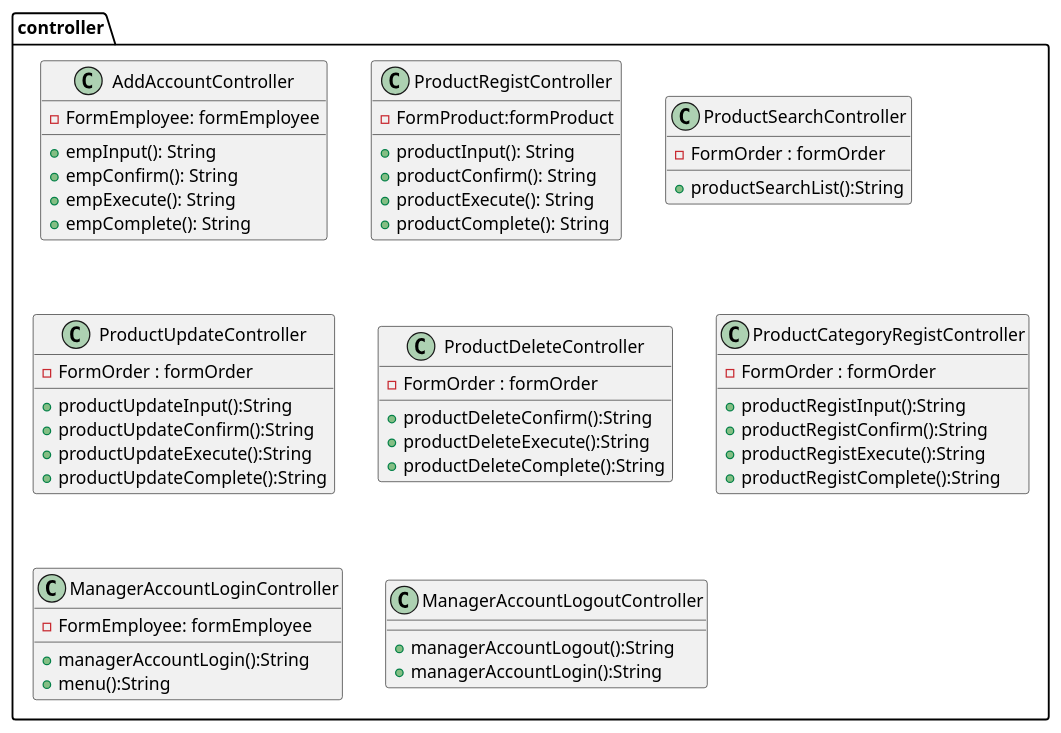
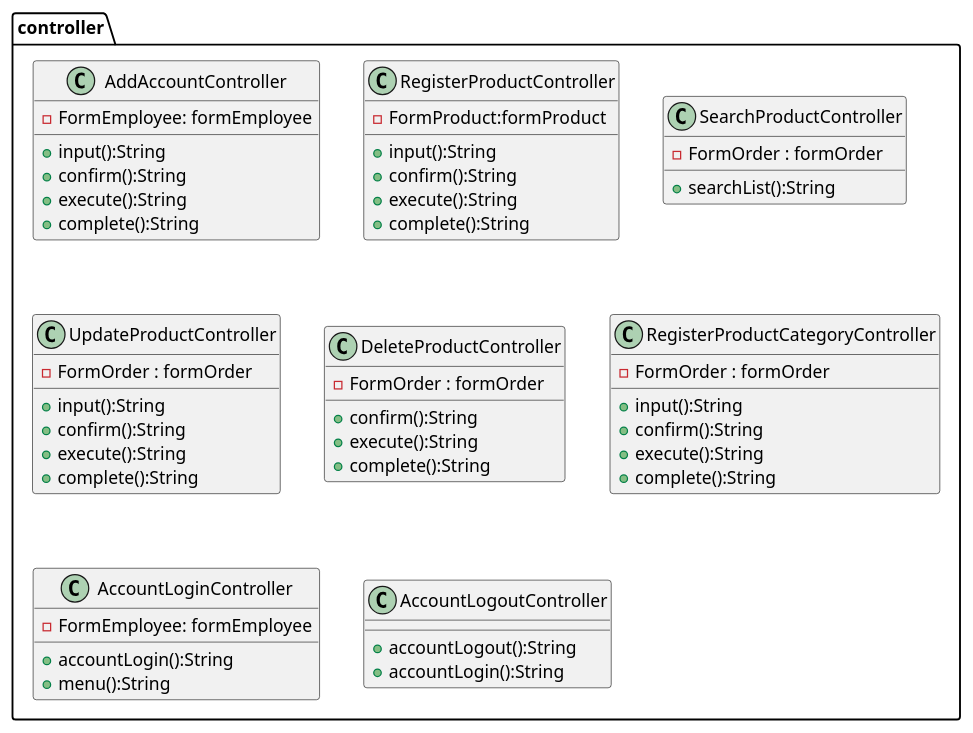
One commit to kanavii3333/ec-b changed the diagram in plan/uml/class/controller.plantuml. Above: the diagram before and after it, drawn with PlantUML.

Commit message:
controller.plantuml

```diff
--- a/plan/uml/class/controller.plantuml
+++ b/plan/uml/class/controller.plantuml
@@ -1,55 +1,55 @@
 package controller{
     class AddAccountController{
         -FormEmployee: formEmployee
-        + empInput(): String
-        + empConfirm(): String
-        + empExecute(): String
-        + empComplete(): String
+        + input():String
+        + confirm():String
+        + execute():String
+    	+ complete():String
         
     }
-    class ProductRegistController{
+    class RegisterProductController{
     	- FormProduct:formProduct
-        + productInput(): String
-        + productConfirm(): String
-        + productExecute(): String
-        + productComplete(): String
+        + input():String
+        + confirm():String
+        + execute():String
+    	+ complete():String
     }
-    class ProductSearchController{
+    class SearchProductController{
     	- FormOrder : formOrder
-    	+ productSearchList():String
+    	+ searchList():String
     	
       
         
     }
-    class ProductUpdateController{
+    class UpdateProductController{
         - FormOrder : formOrder
-        + productUpdateInput():String
-        + productUpdateConfirm():String
-        + productUpdateExecute():String
-    	+ productUpdateComplete():String
+     	+ input():String
+        + confirm():String
+        + execute():String
+    	+ complete():String
         
     }
-    class ProductDeleteController{
+    class DeleteProductController{
     	- FormOrder : formOrder
-        + productDeleteConfirm():String
-        + productDeleteExecute():String
-    	+ productDeleteComplete():String
+        + confirm():String
+        + execute():String
+    	+ complete():String
     }
-    class ProductCategoryRegistController{
+    class RegisterProductCategoryController{
         - FormOrder : formOrder
-        + productRegistInput():String
-        + productRegistConfirm():String
-        + productRegistExecute():String
-    	+ productRegistComplete():String
+        + input():String
+        + confirm():String
+        + execute():String
+    	+ complete():String
     }
-    class ManagerAccountLoginController{
+    class AccountLoginController{
         -FormEmployee: formEmployee
-        + managerAccountLogin():String
+        + accountLogin():String
         + menu():String
     }
-    class ManagerAccountLogoutController{
-        + managerAccountLogout():String
-        + managerAccountLogin():String
+    class AccountLogoutController{
+        + accountLogout():String
+        + accountLogin():String
         
     }
 }
```
